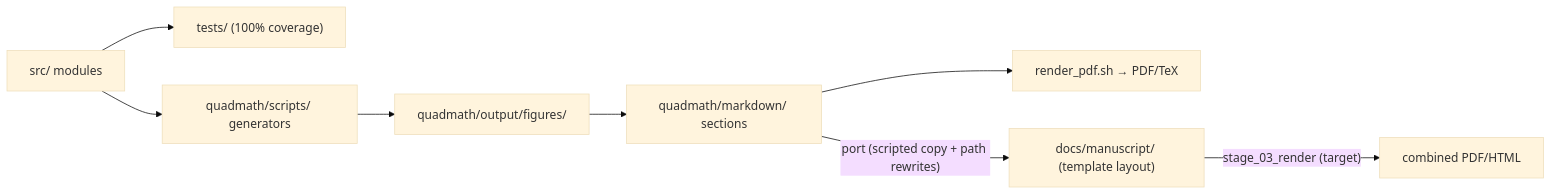
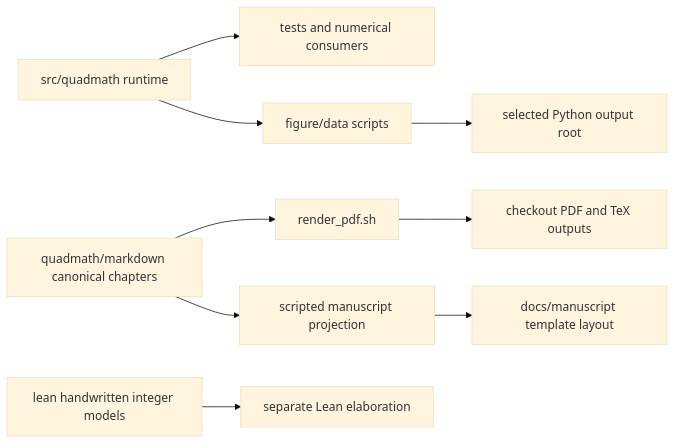
Before and after one commit to docxology/QuadMath: the diagram in docs/overview.md, drawn with Mermaid (base theme). The commit also changed other lines of this file and 90 other files, not shown here.

````diff
--- a/docs/overview.md
+++ b/docs/overview.md
@@ -26,10 +24,11 @@
 ```mermaid
 flowchart LR
-    src["src/ modules"] --> tests["tests/ (100% coverage)"]
-    src --> scripts["quadmath/scripts/ generators"]
-    scripts --> figures["quadmath/output/figures/"]
-    figures --> md["quadmath/markdown/ sections"]
-    md --> pdf["render_pdf.sh → PDF/TeX"]
-    md -->|"port (scripted copy + path rewrites)"| dm["docs/manuscript/ (template layout)"]
-    dm -->|"stage_03_render (target)"| pdf2["combined PDF/HTML"]
+    runtime["src/quadmath runtime"] --> consumer["tests and numerical consumers"]
+    runtime --> scripts["figure/data scripts"]
+    scripts --> figures["selected Python output root"]
+    canonical["quadmath/markdown canonical chapters"] --> shell["render_pdf.sh"]
+    shell --> pdf["checkout PDF and TeX outputs"]
+    canonical --> port["scripted manuscript projection"]
+    port --> projected["docs/manuscript template layout"]
+    lean["lean handwritten integer models"] --> elaboration["separate Lean elaboration"]
 ```
````
